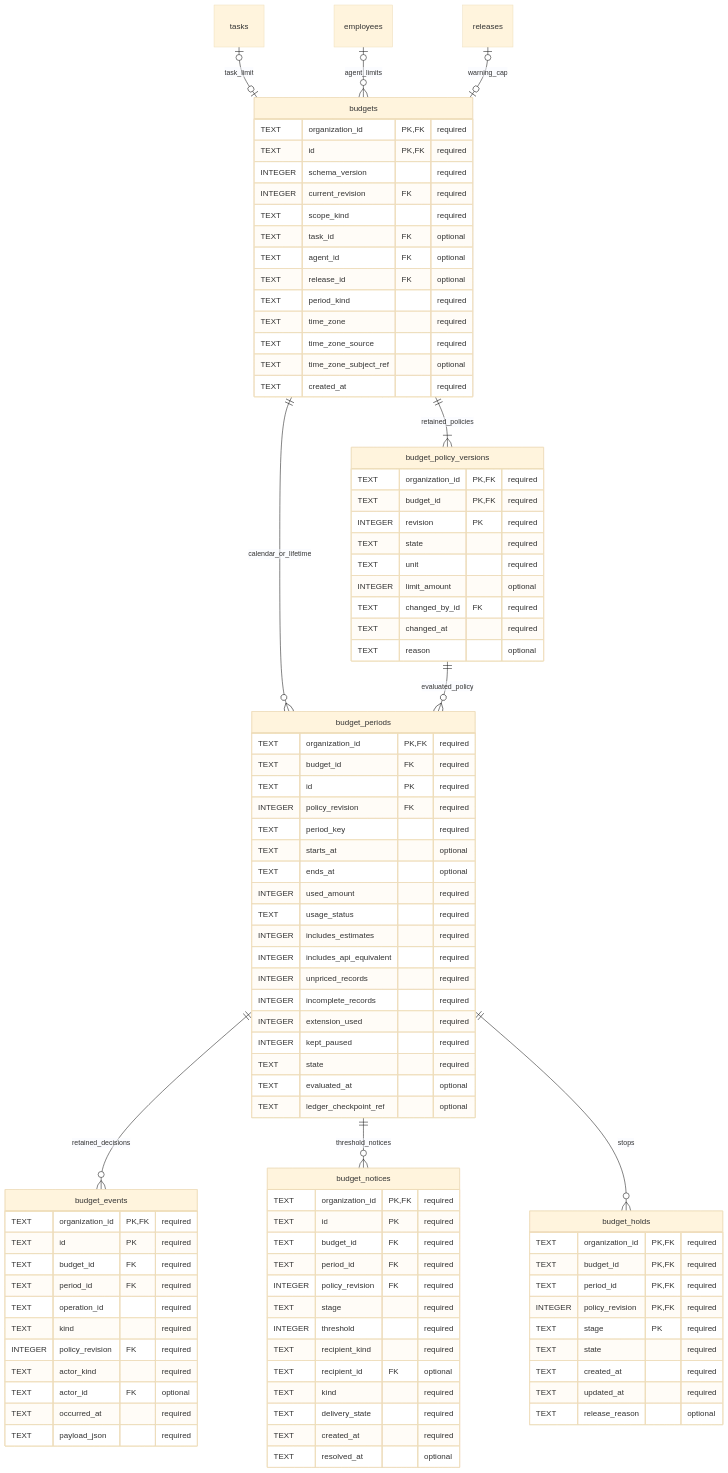
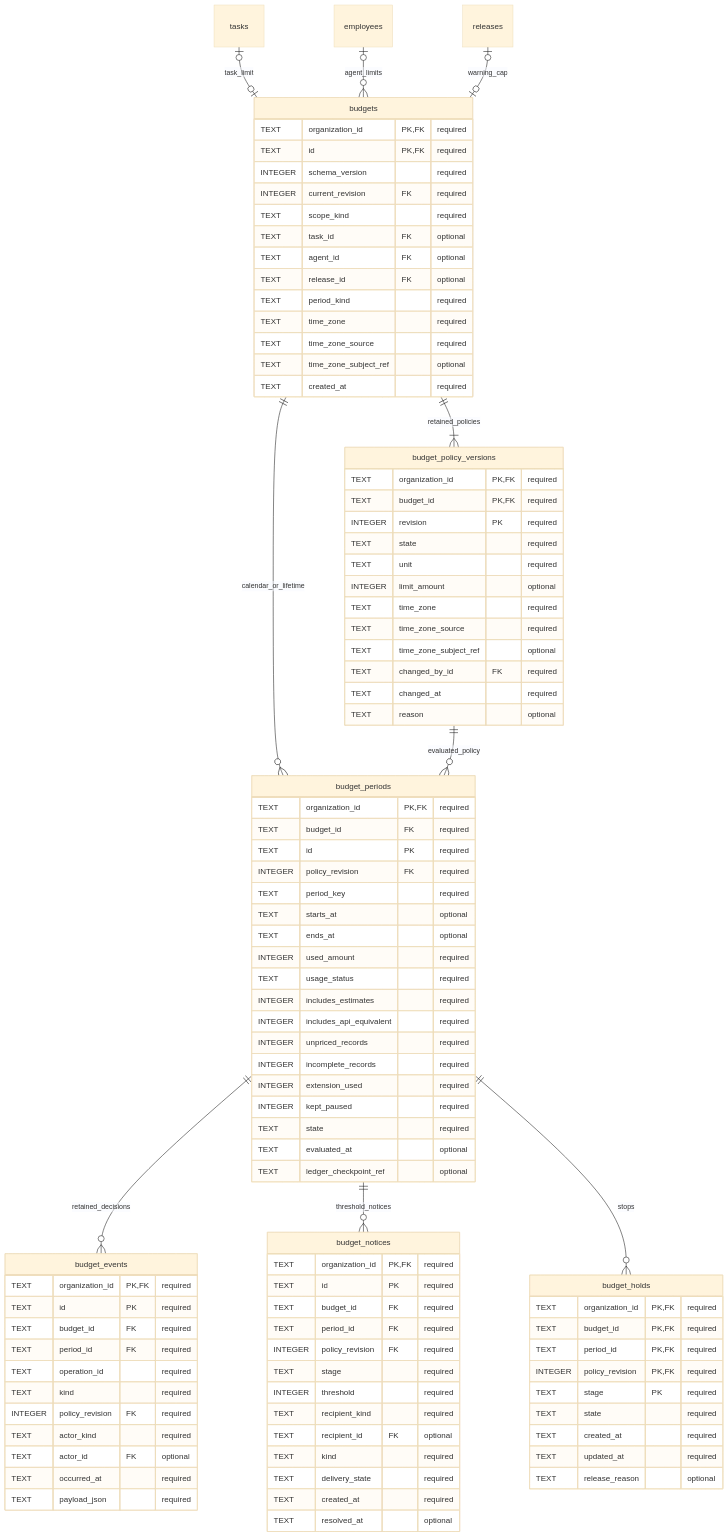
One commit to vgmello/agentic-org changed the diagram in docs/design/organization-data/17-budgets-and-controls.md. Above: the diagram before and after it, drawn with Mermaid (base theme). The commit also changed other lines of this file and 7 other files, not shown here.

```diff
--- a/docs/design/organization-data/17-budgets-and-controls.md
+++ b/docs/design/organization-data/17-budgets-and-controls.md
@@ -288,6 +294,9 @@
         TEXT state "required"
         TEXT unit "required"
         INTEGER limit_amount "optional"
+        TEXT time_zone "required"
+        TEXT time_zone_source "required"
+        TEXT time_zone_subject_ref "optional"
         TEXT changed_by_id FK "required"
         TEXT changed_at "required"
         TEXT reason "optional"
```
